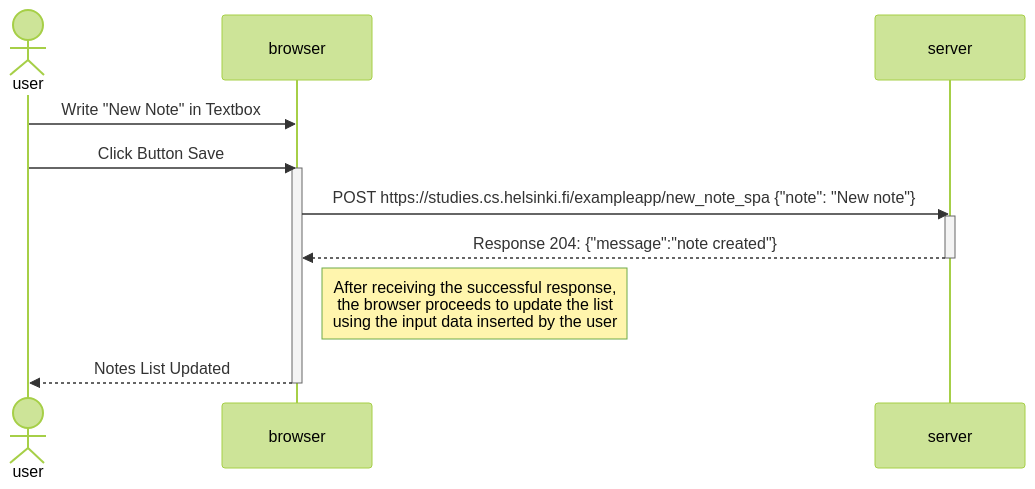
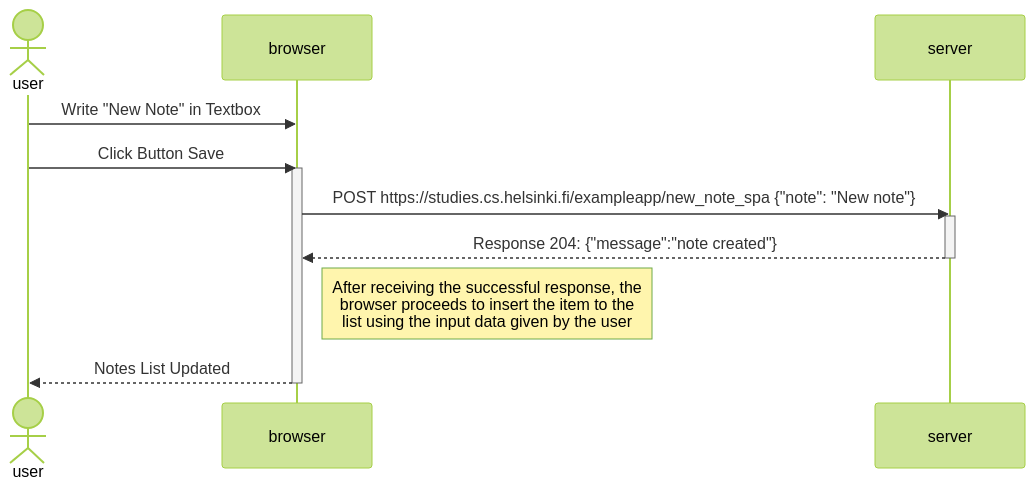
One commit to oorellana95/full-stack-open changed the fourth of 4 diagrams in part0/traditional_and_spa_approaches.md. Above: the diagram before and after it, drawn with Mermaid (forest theme). The commit also changed other lines of this file, not shown here.

````diff
--- a/part0/traditional_and_spa_approaches.md
+++ b/part0/traditional_and_spa_approaches.md
@@ -136,22 +126,20 @@
 ```mermaid
-
 sequenceDiagram
     actor user
     participant browser
     participant server
 
     user->>browser: Write "New Note" in Textbox
     user->>browser: Click Button Save
     activate browser
 
     browser->>server: POST https://studies.cs.helsinki.fi/exampleapp/new_note_spa {"note": "New note"}
     activate server
     server-->>browser: Response 204: {"message":"note created"}
     deactivate server
 
-    Note right of browser: After receiving the successful response,<br/> the  browser proceeds to update the list<br/> using the input data inserted by the user
+    Note right of browser: After receiving the successful response, the<br/>browser proceeds to insert the item to the<br/> list using the input data given by the user
 
     browser-->>user: Notes List Updated
     deactivate browser
-
 ```
````
